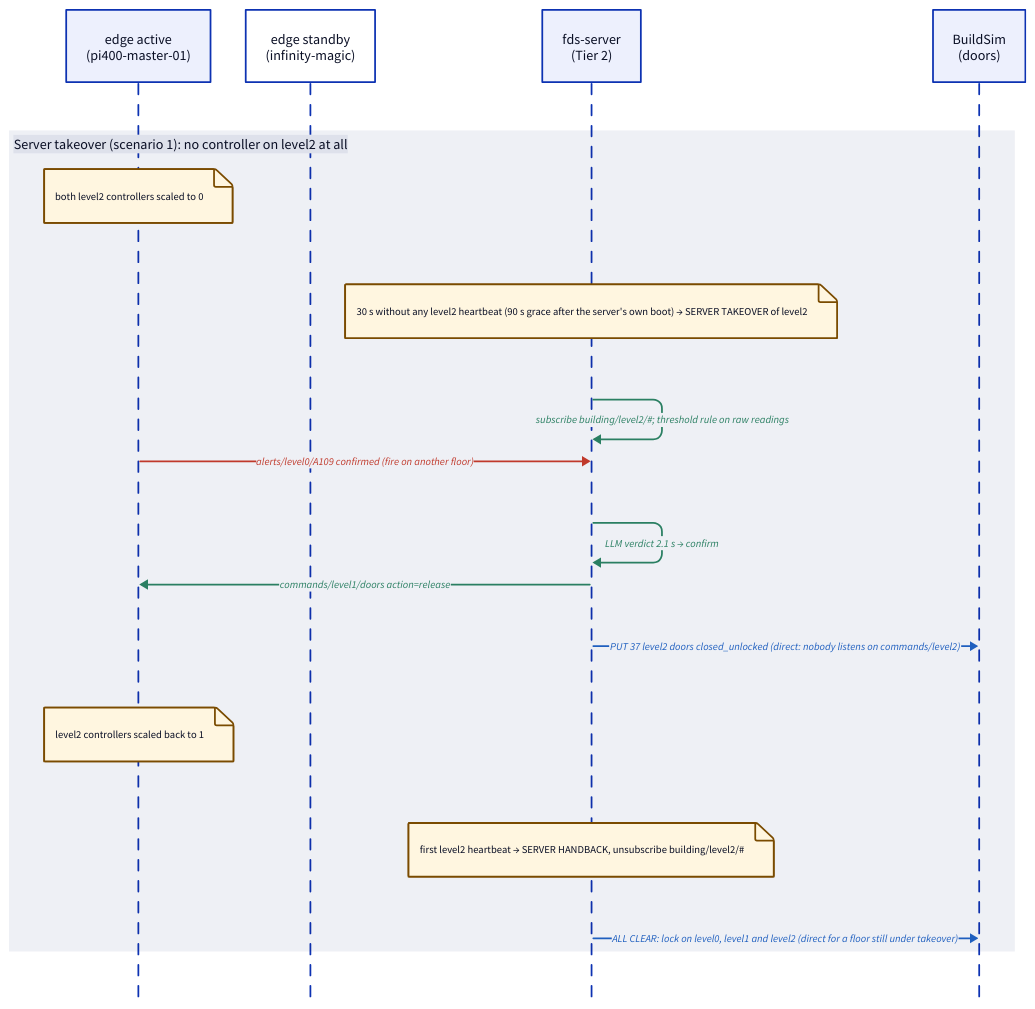
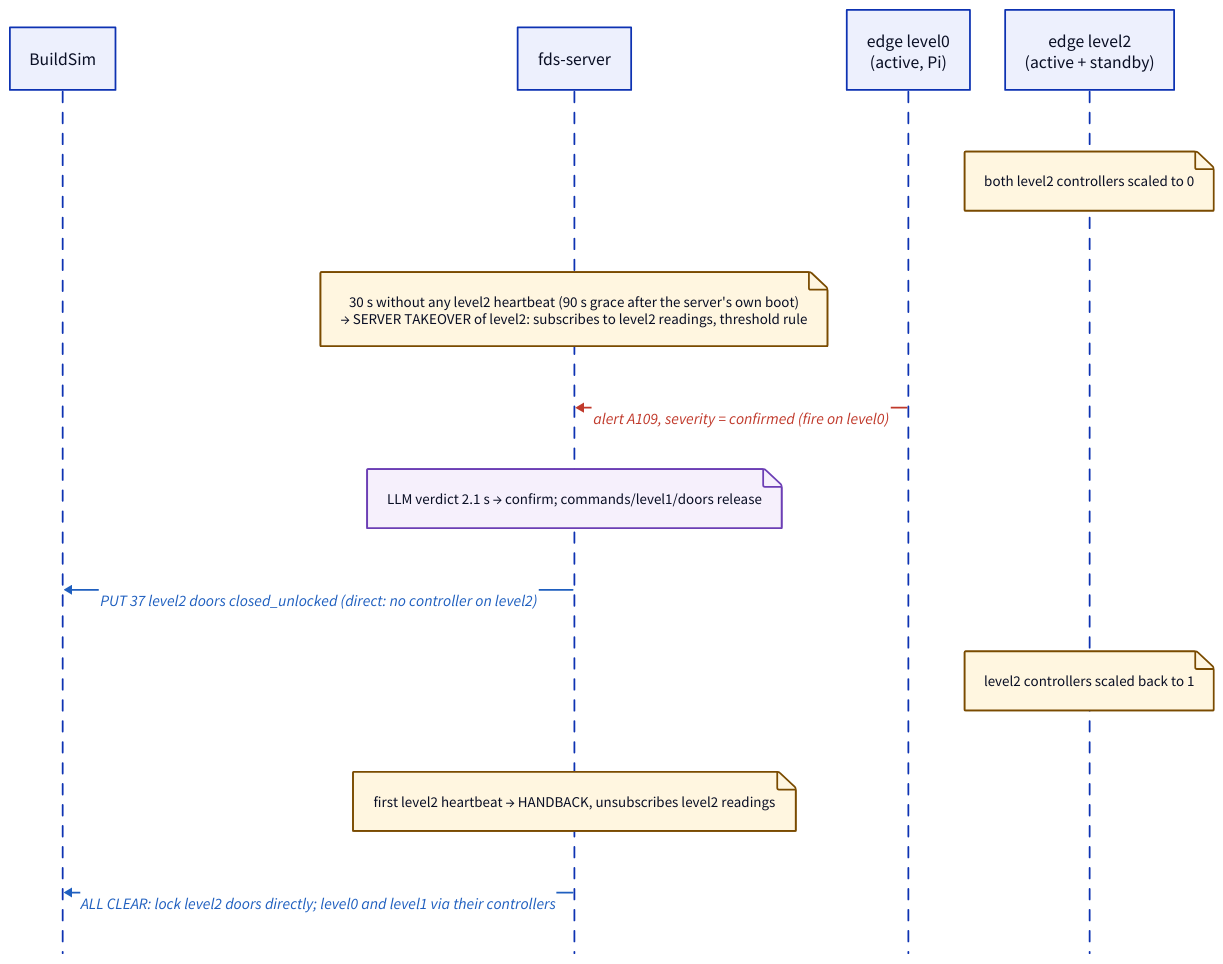
The diagram in docs/diagrams/03b-takeover.d2 (applied-ai-ltu/d7065e), drawn with D2 before and after one commit. The commit also changed 18 other files, not shown here.

Commit message:
docs: door-state diagram redrawn; acknowledgement of AI tool use in report and README

```diff
--- a/docs/diagrams/03b-takeover.d2
+++ b/docs/diagrams/03b-takeover.d2
@@ -1,27 +1,24 @@
 shape: sequence_diagram
 
 classes: {
-  hb: {style: {stroke: "#8a8a8a"; stroke-dash: 3; font-size: 12; font-color: "#666"}}
-  alert: {style: {stroke: "#c0392b"; font-color: "#c0392b"; font-size: 12}}
-  cmd: {style: {stroke: "#2a7f62"; font-color: "#2a7f62"; font-size: 12}}
-  rest: {style: {stroke: "#1f5fbf"; font-color: "#1f5fbf"; font-size: 12}}
-  note: {style: {font-size: 12; fill: "#fff6e0"; stroke: "#7a4b00"}}
+  alert: {style: {stroke: "#c0392b"; font-color: "#c0392b"; font-size: 18}}
+  cmd: {style: {stroke: "#2a7f62"; font-color: "#2a7f62"; font-size: 18}}
+  rest: {style: {stroke: "#1f5fbf"; font-color: "#1f5fbf"; font-size: 18}}
+  note: {style: {font-size: 17; fill: "#fff6e0"; stroke: "#7a4b00"}}
+  llmnote: {style: {font-size: 17; fill: "#f6f0fc"; stroke: "#6c3fb5"}}
+  actor: {style: {font-size: 20}}
 }
 
-active: "edge active\n(pi400-master-01)"
-standby: "edge standby\n(infinity-magic)"
-server: "fds-server\n(Tier 2)"
-buildsim: "BuildSim\n(doors)"
+buildsim: "BuildSim" {class: actor}
+server: "fds-server" {class: actor}
+edge0: "edge level0\n(active, Pi)" {class: actor}
+edge2: "edge level2\n(active + standby)" {class: actor}
 
-B: "Server takeover (scenario 1): no controller on level2 at all" {
-  active."both level2 controllers scaled to 0" {class: note}
-  server."30 s without any level2 heartbeat (90 s grace after the server's own boot) → SERVER TAKEOVER of level2" {class: note}
-  server -> server: "subscribe building/level2/#; threshold rule on raw readings" {class: cmd}
-  active -> server: "alerts/level0/A109 confirmed (fire on another floor)" {class: alert}
-  server -> server: "LLM verdict 2.1 s → confirm" {class: cmd}
-  server -> active: "commands/level1/doors action=release" {class: cmd}
-  server -> buildsim: "PUT 37 level2 doors closed_unlocked  (direct: nobody listens on commands/level2)" {class: rest}
-  active."level2 controllers scaled back to 1" {class: note}
-  server."first level2 heartbeat → SERVER HANDBACK, unsubscribe building/level2/#" {class: note}
-  server -> buildsim: "ALL CLEAR: lock on level0, level1 and level2 (direct for a floor still under takeover)" {class: rest}
-}
+edge2."both level2 controllers scaled to 0" {class: note}
+server."30 s without any level2 heartbeat (90 s grace after the server's own boot)\n→ SERVER TAKEOVER of level2: subscribes to level2 readings, threshold rule" {class: note}
+edge0 -> server: "\nalert A109, severity = confirmed  (fire on level0)" {class: alert}
+server."LLM verdict 2.1 s → confirm; commands/level1/doors release" {class: llmnote}
+server -> buildsim: "\nPUT 37 level2 doors closed_unlocked  (direct: no controller on level2)" {class: rest}
+edge2."level2 controllers scaled back to 1" {class: note}
+server."first level2 heartbeat → HANDBACK, unsubscribes level2 readings" {class: note}
+server -> buildsim: "\nALL CLEAR: lock level2 doors directly; level0 and level1 via their controllers" {class: rest}
```
